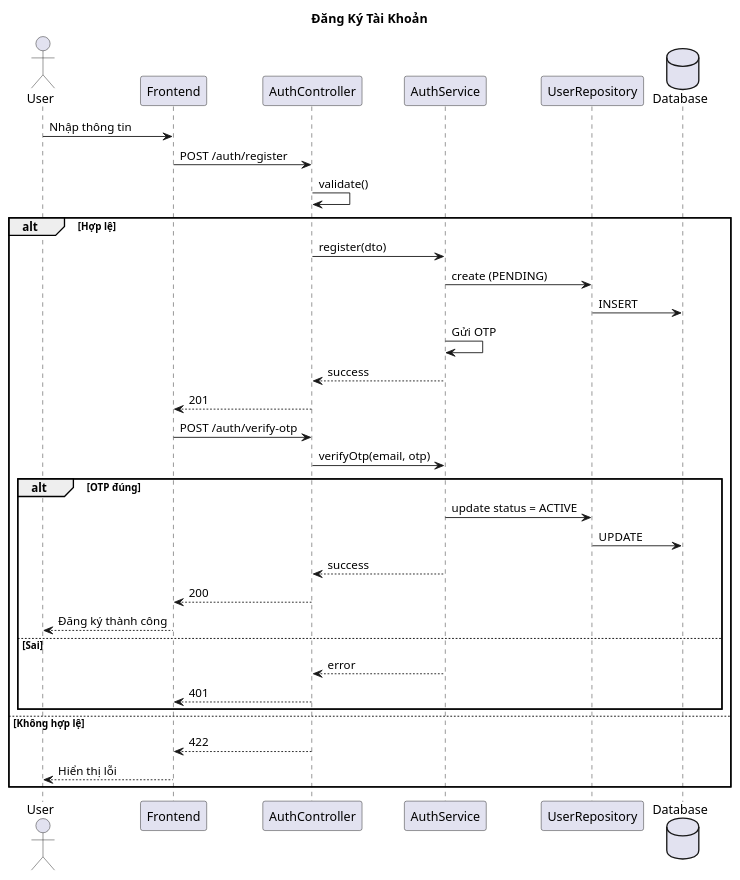
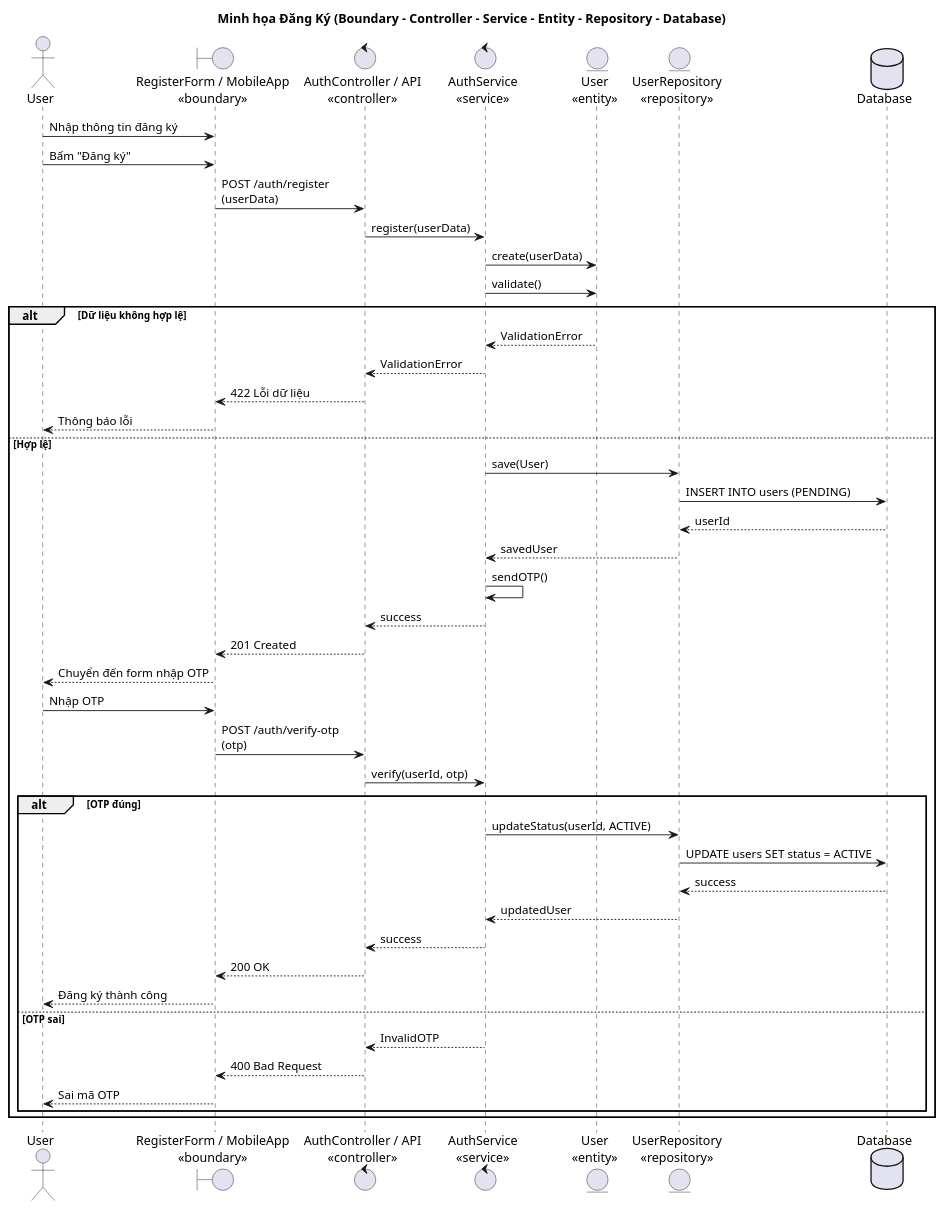
One commit to BuiThaiBao/Propify changed the diagram in docs/sequence-diagram-dang-ky-tai-khoan.md. Above: the diagram before and after it, drawn with PlantUML. The commit also changed 12 other files, not shown here.

Commit message:
feat: update sequence diagrams to include detailed interactions and 3-layer architecture representation

````diff
--- a/docs/sequence-diagram-dang-ky-tai-khoan.md
+++ b/docs/sequence-diagram-dang-ky-tai-khoan.md
@@ -3,39 +3,53 @@
 ```plantuml
 @startuml
-title Đăng Ký Tài Khoản
+title Minh họa Đăng Ký (Boundary - Controller - Service - Entity - Repository - Database)
 
 actor "User" as User
-participant "Frontend" as FE
-participant "AuthController" as Controller
-participant "AuthService" as Service
-participant "UserRepository" as Repo
+boundary "RegisterForm / MobileApp\n«boundary»" as FE
+control "AuthController / API\n«controller»" as Controller
+control "AuthService\n«service»" as Service
+entity "User\n«entity»" as Entity
+entity "UserRepository\n«repository»" as Repo
 database "Database" as DB
 
-User -> FE: Nhập thông tin
-FE -> Controller: POST /auth/register
-Controller -> Controller: validate()
-alt Hợp lệ
-  Controller -> Service: register(dto)
-  Service -> Repo: create (PENDING)
-  Repo -> DB: INSERT
-  Service -> Service: Gửi OTP
+User -> FE: Nhập thông tin đăng ký
+User -> FE: Bấm "Đăng ký"
+FE -> Controller: POST /auth/register\n(userData)
+Controller -> Service: register(userData)
+Service -> Entity: create(userData)
+Service -> Entity: validate()
+
+alt Dữ liệu không hợp lệ
+  Entity --> Service: ValidationError
+  Service --> Controller: ValidationError
+  Controller --> FE: 422 Lỗi dữ liệu
+  FE --> User: Thông báo lỗi
+else Hợp lệ
+  Service -> Repo: save(User)
+  Repo -> DB: INSERT INTO users (PENDING)
+  DB --> Repo: userId
+  Repo --> Service: savedUser
+  Service -> Service: sendOTP()
   Service --> Controller: success
-  Controller --> FE: 201
-  FE -> Controller: POST /auth/verify-otp
-  Controller -> Service: verifyOtp(email, otp)
+  Controller --> FE: 201 Created
+  FE --> User: Chuyển đến form nhập OTP
+  
+  User -> FE: Nhập OTP
+  FE -> Controller: POST /auth/verify-otp\n(otp)
+  Controller -> Service: verify(userId, otp)
   alt OTP đúng
-    Service -> Repo: update status = ACTIVE
-    Repo -> DB: UPDATE
+    Service -> Repo: updateStatus(userId, ACTIVE)
+    Repo -> DB: UPDATE users SET status = ACTIVE
+    DB --> Repo: success
+    Repo --> Service: updatedUser
     Service --> Controller: success
-    Controller --> FE: 200
+    Controller --> FE: 200 OK
     FE --> User: Đăng ký thành công
-  else Sai
-    Service --> Controller: error
-    Controller --> FE: 401
+  else OTP sai
+    Service --> Controller: InvalidOTP
+    Controller --> FE: 400 Bad Request
+    FE --> User: Sai mã OTP
   end
-else Không hợp lệ
-  Controller --> FE: 422
-  FE --> User: Hiển thị lỗi
 end
 @enduml
 ```
````
